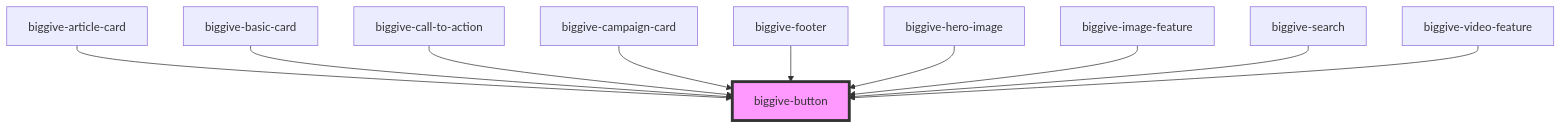
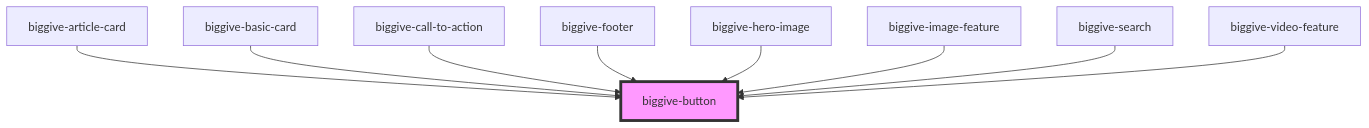
The diagram in src/components/biggive-button/readme.md (thebiggive/donate-frontend), drawn with Mermaid before and after one commit. The commit also changed other lines of this file and 7 other files, not shown here.

Commit message:
DON-630 temp remove button and progress bar from campaign cards, v1.0.124

````diff
--- a/src/components/biggive-button/readme.md
+++ b/src/components/biggive-button/readme.md
@@ -36,13 +35,12 @@
 ```mermaid
 graph TD;
   biggive-article-card --> biggive-button
   biggive-basic-card --> biggive-button
   biggive-call-to-action --> biggive-button
-  biggive-campaign-card --> biggive-button
   biggive-footer --> biggive-button
   biggive-hero-image --> biggive-button
   biggive-image-feature --> biggive-button
   biggive-search --> biggive-button
   biggive-video-feature --> biggive-button
   style biggive-button fill:#f9f,stroke:#333,stroke-width:4px
 ```
````
